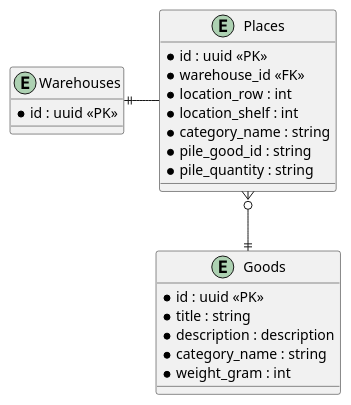
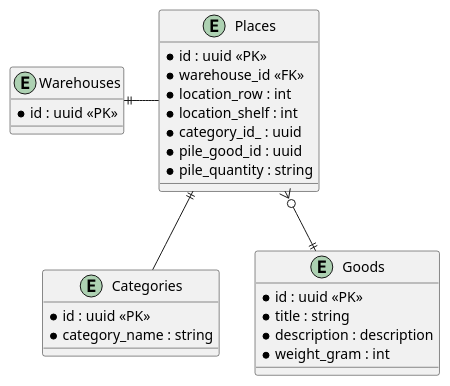
Before and after one commit to gerzhan/knigaexpert-system-design: the fourth of 5 diagrams in services/warehouse/README.md, drawn with PlantUML. The commit also changed other lines of this file, not shown here.

````diff
--- a/services/warehouse/README.md
+++ b/services/warehouse/README.md
@@ -182,26 +182,31 @@
 ```plantuml
 entity Warehouses {
   * id : uuid <<PK>>
 }
 
 entity Places {
   * id : uuid <<PK>>
   * warehouse_id <<FK>>
   * location_row : int
   * location_shelf : int
+  * category_id_ : uuid
+  * pile_good_id : uuid
+  * pile_quantity : string
+}
+
+entity Categories {
+  * id : uuid <<PK>>
   * category_name : string
-  * pile_good_id : string
-  * pile_quantity : string
 }
 
 entity Goods {
   * id : uuid <<PK>>
   * title : string
   * description : description
-  * category_name : string
   * weight_gram : int
 }
 
+Places ||--  Categories
 Warehouses ||-  Places
 Places }o--|| Goods
 ```
````
